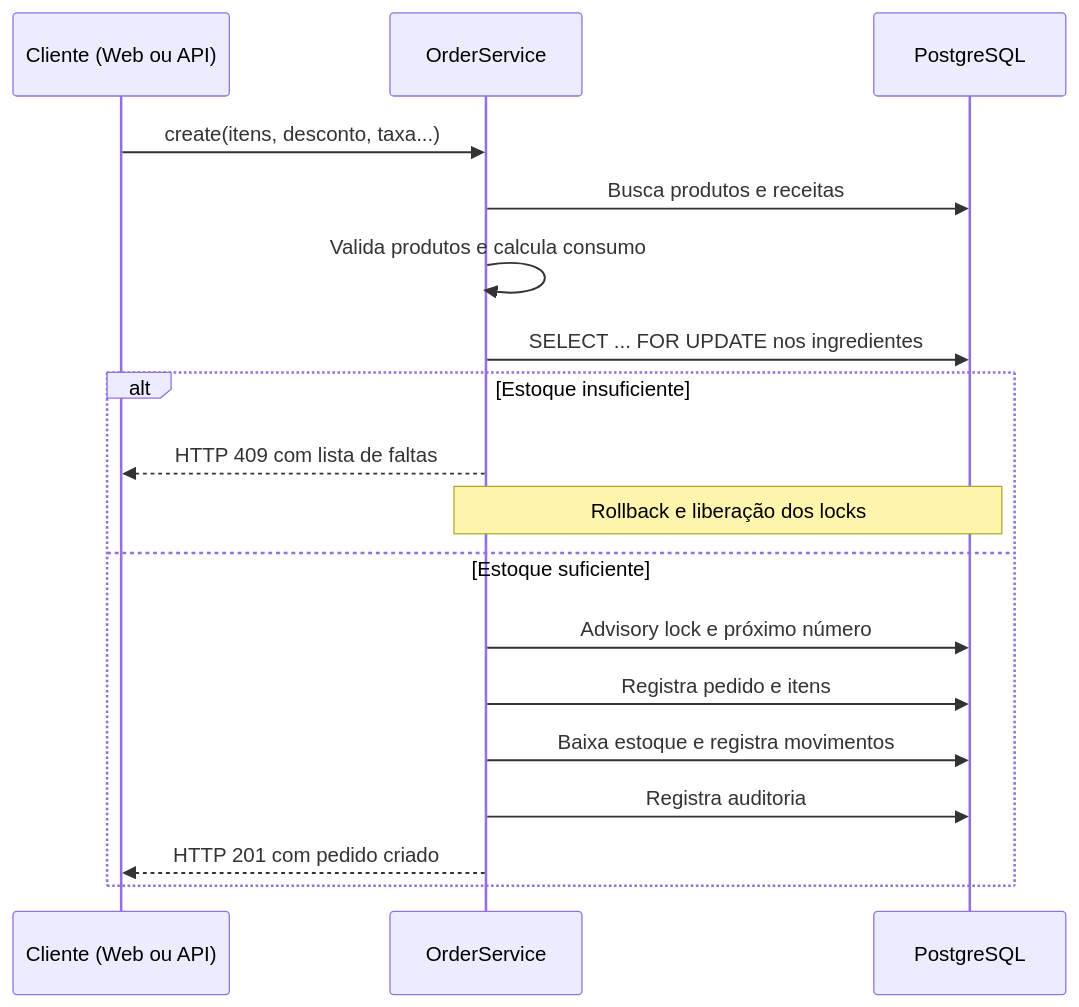
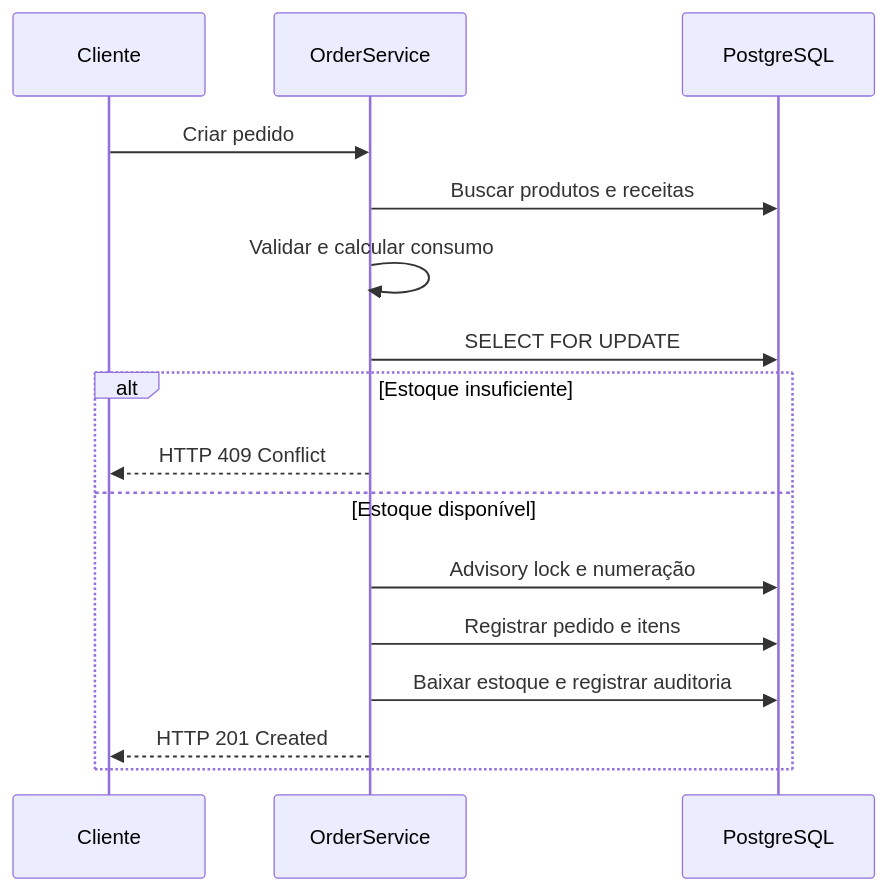
Before and after one commit to adanwilliamdev/Burger-Pizza-House: the first of 2 diagrams in README.md, drawn with Mermaid. The commit also changed other lines of this file, not shown here.

````diff
--- a/README.md
+++ b/README.md
@@ -252,22 +164,20 @@
 ```mermaid
 sequenceDiagram
-    participant C as Cliente (Web ou API)
+    participant C as Cliente
     participant S as OrderService
     participant DB as PostgreSQL
 
-    C->>S: create(itens, desconto, taxa...)
-    S->>DB: Busca produtos e receitas
-    S->>S: Valida produtos e calcula consumo
-    S->>DB: SELECT ... FOR UPDATE nos ingredientes
+    C->>S: Criar pedido
+    S->>DB: Buscar produtos e receitas
+    S->>S: Validar e calcular consumo
+    S->>DB: SELECT FOR UPDATE
 
     alt Estoque insuficiente
-        S-->>C: HTTP 409 com lista de faltas
-        Note over S,DB: Rollback e liberação dos locks
-    else Estoque suficiente
-        S->>DB: Advisory lock e próximo número
-        S->>DB: Registra pedido e itens
-        S->>DB: Baixa estoque e registra movimentos
-        S->>DB: Registra auditoria
-        S-->>C: HTTP 201 com pedido criado
+        S-->>C: HTTP 409 Conflict
+    else Estoque disponível
+        S->>DB: Advisory lock e numeração
+        S->>DB: Registrar pedido e itens
+        S->>DB: Baixar estoque e registrar auditoria
+        S-->>C: HTTP 201 Created
     end
 ```
````
